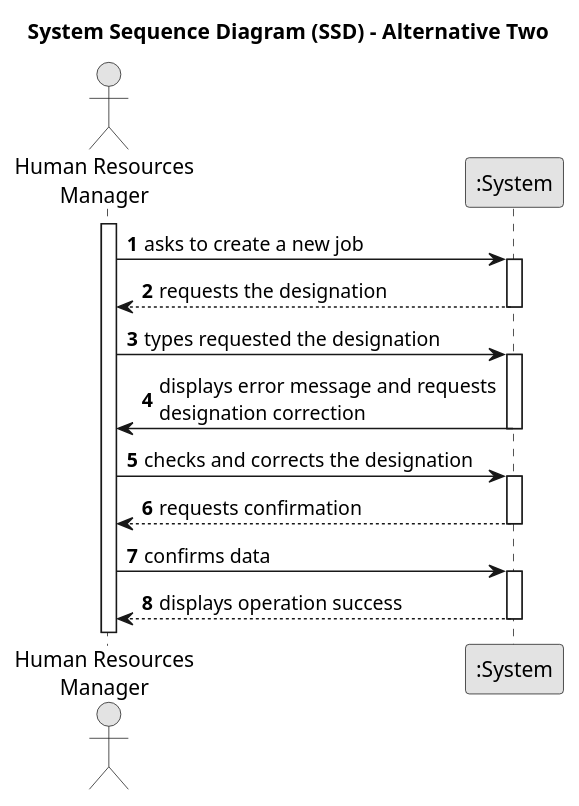
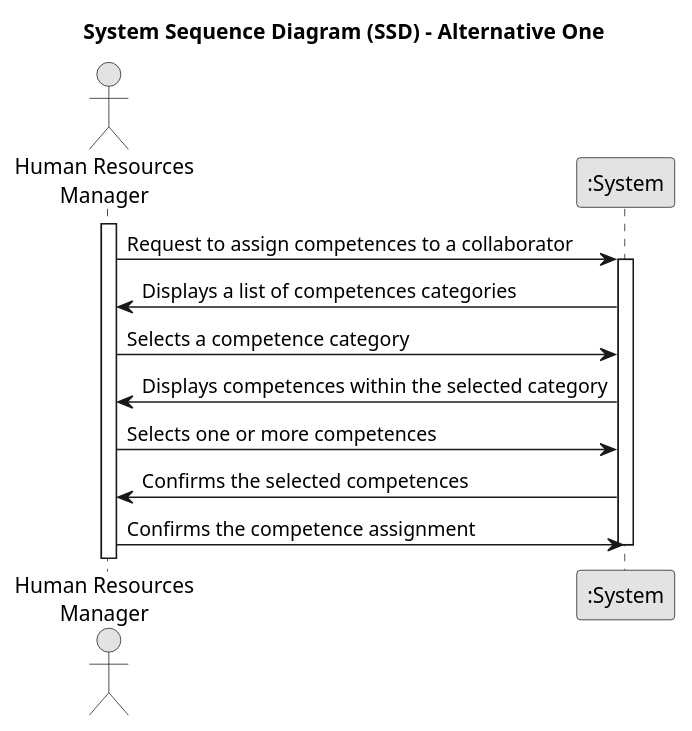
Before and after one commit to diogoveirospro/lei-24-s2-1dg-g072: the diagram in docs/sprintA/us002/01.requirements-engineering/puml/us002-system-sequence-diagram-alternative-two.puml, drawn with PlantUML. The commit also changed 7 other files, not shown here.

```diff
--- a/docs/sprintA/us002/01.requirements-engineering/puml/us002-system-sequence-diagram-alternative-two.puml
+++ b/docs/sprintA/us002/01.requirements-engineering/puml/us002-system-sequence-diagram-alternative-two.puml
@@ -1,38 +1,24 @@
 @startuml
 skinparam monochrome true
 skinparam packageStyle rectangle
 skinparam shadowing false
 
-title System Sequence Diagram (SSD) - Alternative Two
+title System Sequence Diagram (SSD) - Alternative One
 
-autonumber
-
-actor "Human Resources\nManager" as GRH
+actor "Human Resources\nManager" as HRM
 participant ":System" as System
 
-activate GRH
+activate HRM
 
-    GRH -> System : asks to create a new job
-        activate System
+HRM -> System: Request to assign competences to a collaborator
+activate System
 
-            System --> GRH : requests the designation
-        deactivate System
+System -> HRM: Displays a list of competences categories
+HRM -> System: Selects a competence category
+System -> HRM: Displays competences within the selected category
+HRM -> System: Selects one or more competences
+System -> HRM: Confirms the selected competences
+HRM -> System: Confirms the competence assignment
+deactivate System
 
-        GRH -> System : types requested the designation
-        activate System
-
-            System -> GRH : displays error message and requests\ndesignation correction
-        deactivate System
-
-        GRH -> System : checks and corrects the designation
-        activate System
-
-            System --> GRH : requests confirmation
-        deactivate System
-
-        GRH -> System : confirms data
-        activate System
-
-            System --> GRH : displays operation success
-        deactivate System
 @enduml
```
